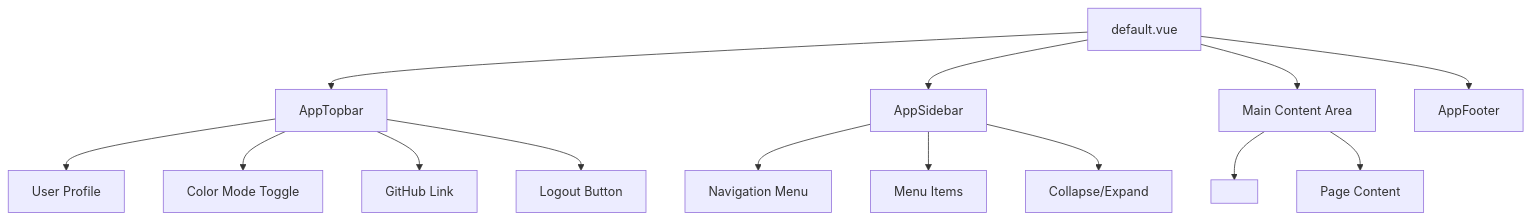
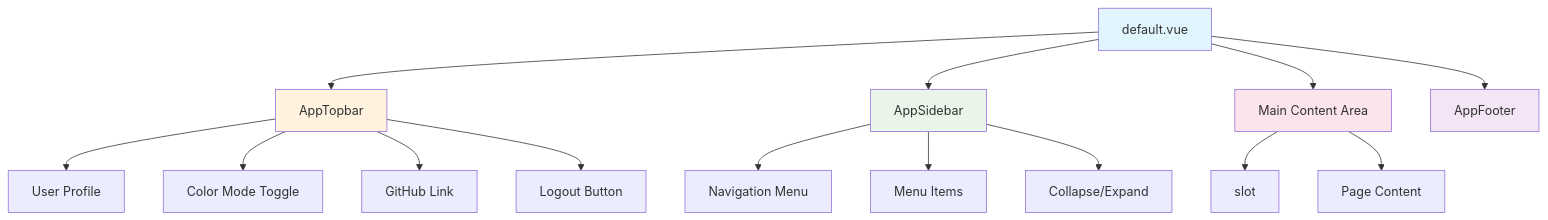
The third of 8 diagrams in docs/routing-configuration.md (simonMoon83/nuxttest), drawn with Mermaid before and after one commit. The commit also changed other lines of this file and 1 other file, not shown here.

````diff
--- a/docs/routing-configuration.md
+++ b/docs/routing-configuration.md
@@ -97,19 +157,25 @@
 ```mermaid
 graph TD
     A[default.vue] --> B[AppTopbar]
     A --> C[AppSidebar]
     A --> D[Main Content Area]
     A --> E[AppFooter]
 
     B --> B1[User Profile]
     B --> B2[Color Mode Toggle]
     B --> B3[GitHub Link]
     B --> B4[Logout Button]
 
     C --> C1[Navigation Menu]
     C --> C2[Menu Items]
     C --> C3[Collapse/Expand]
 
-    D --> D1[<slot />]
+    D --> D1[slot]
     D --> D2[Page Content]
+
+    style A fill:#e1f5fe
+    style B fill:#fff3e0
+    style C fill:#e8f5e8
+    style D fill:#fce4ec
+    style E fill:#f3e5f5
 ```
````
